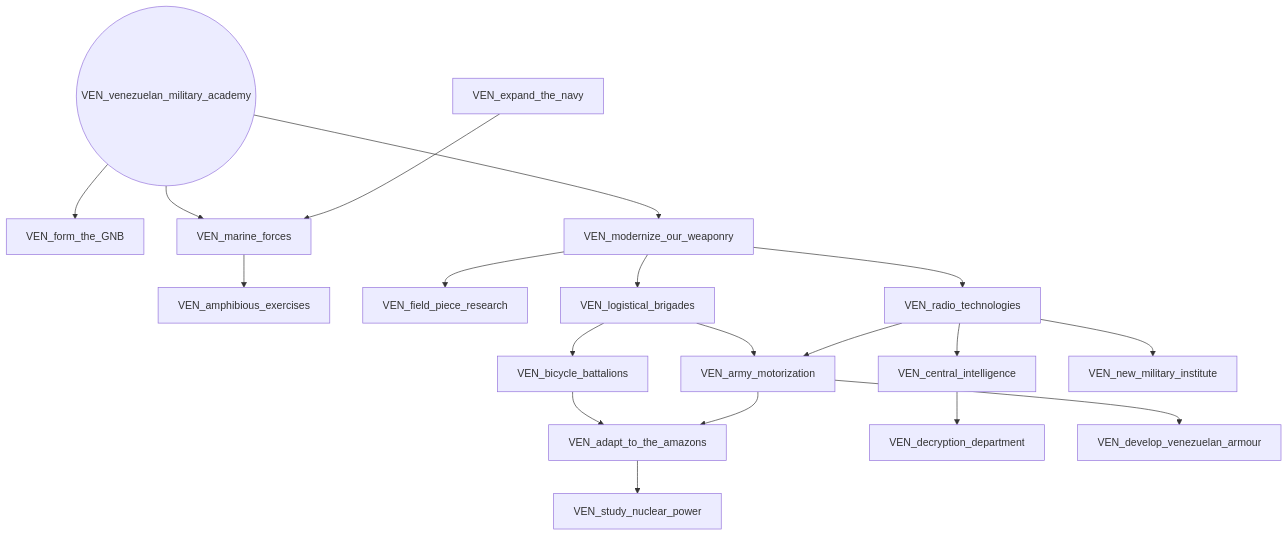
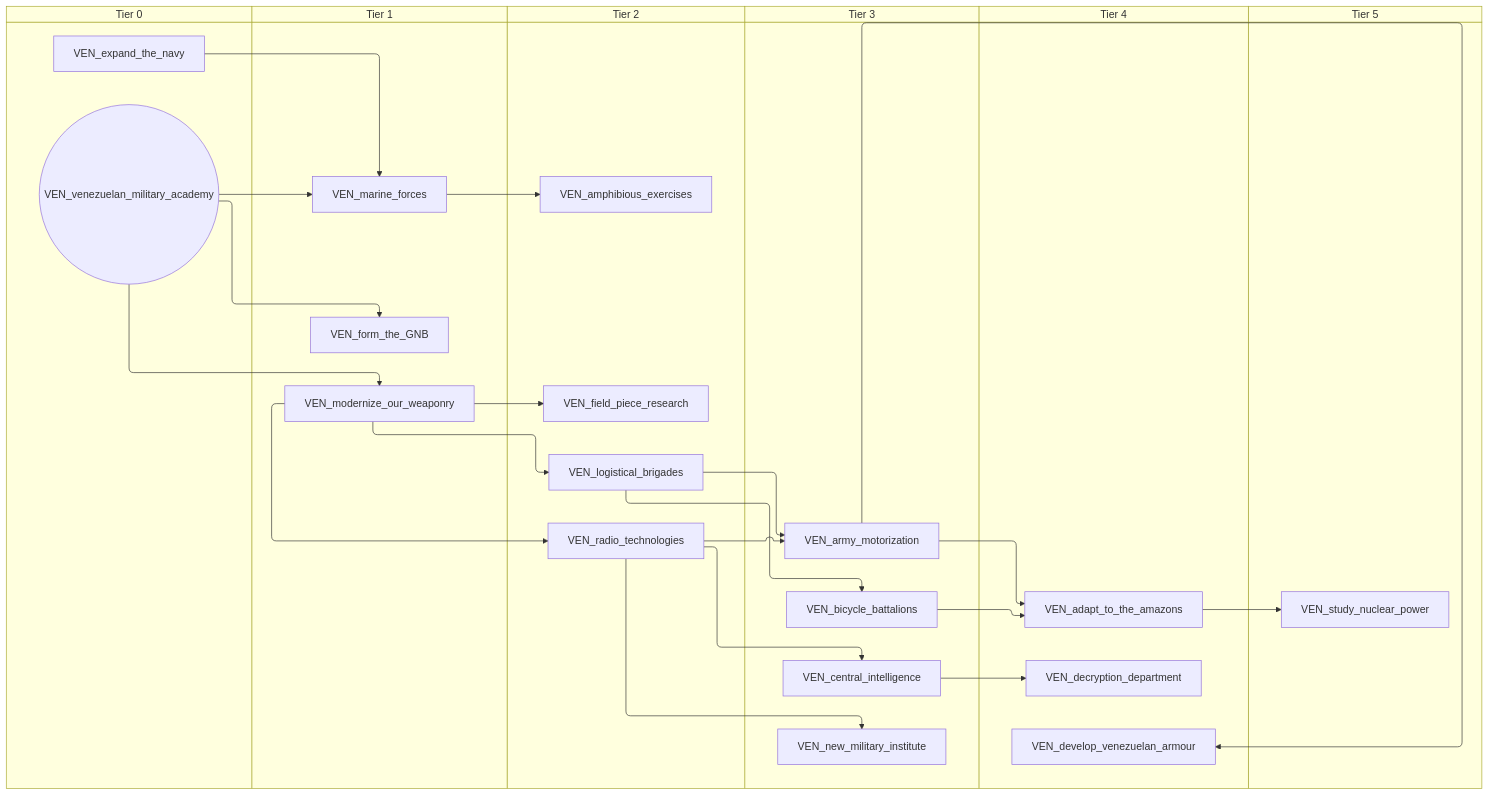
One commit to evgeny-sobol/hoi4-sandbox-mode-r56 changed the fifth of 5 diagrams in docs/gdd/National Focuses/r56/venezuela.md. Above: the diagram before and after it, drawn with Mermaid. The commit also changed other lines of this file and 423 other files, not shown here.

First line of the commit message:
Re-export Rt56 focus trees as swimlane diagrams

````diff
--- a/docs/gdd/National Focuses/r56/venezuela.md
+++ b/docs/gdd/National Focuses/r56/venezuela.md
@@ -510,38 +572,50 @@
 ```mermaid
-flowchart TD
-    n191["VEN_adapt_to_the_amazons"]
-    n157["VEN_amphibious_exercises"]
-    n192["VEN_army_motorization"]
-    n193["VEN_bicycle_battalions"]
-    n194["VEN_central_intelligence"]
-    n195["VEN_decryption_department"]
-    n196["VEN_develop_venezuelan_armour"]
-    n160["VEN_expand_the_navy"]
-    n197["VEN_field_piece_research"]
-    n198["VEN_form_the_GNB"]
-    n199["VEN_logistical_brigades"]
-    n161["VEN_marine_forces"]
-    n200["VEN_modernize_our_weaponry"]
-    n201["VEN_new_military_institute"]
-    n202["VEN_radio_technologies"]
-    n203["VEN_study_nuclear_power"]
-    n167(("VEN_venezuelan_military_academy"))
-    n193 --> n191
-    n192 --> n191
-    n161 --> n157
-    n199 --> n192
-    n202 --> n192
-    n199 --> n193
-    n202 --> n194
-    n194 --> n195
-    n192 --> n196
-    n200 --> n197
-    n167 --> n198
-    n200 --> n199
-    n167 --> n161
-    n160 --> n161
-    n167 --> n200
-    n202 --> n201
-    n200 --> n202
-    n191 --> n203
+swimlane-beta TD
+    subgraph tier_0["Tier 0"]
+        n157["VEN_expand_the_navy"]
+        n158(("VEN_venezuelan_military_academy"))
+    end
+    subgraph tier_1["Tier 1"]
+        n191["VEN_form_the_GNB"]
+        n160["VEN_marine_forces"]
+        n192["VEN_modernize_our_weaponry"]
+    end
+    subgraph tier_2["Tier 2"]
+        n162["VEN_amphibious_exercises"]
+        n193["VEN_field_piece_research"]
+        n194["VEN_logistical_brigades"]
+        n195["VEN_radio_technologies"]
+    end
+    subgraph tier_3["Tier 3"]
+        n196["VEN_army_motorization"]
+        n197["VEN_bicycle_battalions"]
+        n198["VEN_central_intelligence"]
+        n199["VEN_new_military_institute"]
+    end
+    subgraph tier_4["Tier 4"]
+        n200["VEN_adapt_to_the_amazons"]
+        n201["VEN_decryption_department"]
+        n202["VEN_develop_venezuelan_armour"]
+    end
+    subgraph tier_5["Tier 5"]
+        n203["VEN_study_nuclear_power"]
+    end
+    n197 --> n200
+    n196 --> n200
+    n160 --> n162
+    n194 --> n196
+    n195 --> n196
+    n194 --> n197
+    n195 --> n198
+    n198 --> n201
+    n196 --> n202
+    n192 --> n193
+    n158 --> n191
+    n192 --> n194
+    n158 --> n160
+    n157 --> n160
+    n158 --> n192
+    n195 --> n199
+    n192 --> n195
+    n200 --> n203
 ```
````
